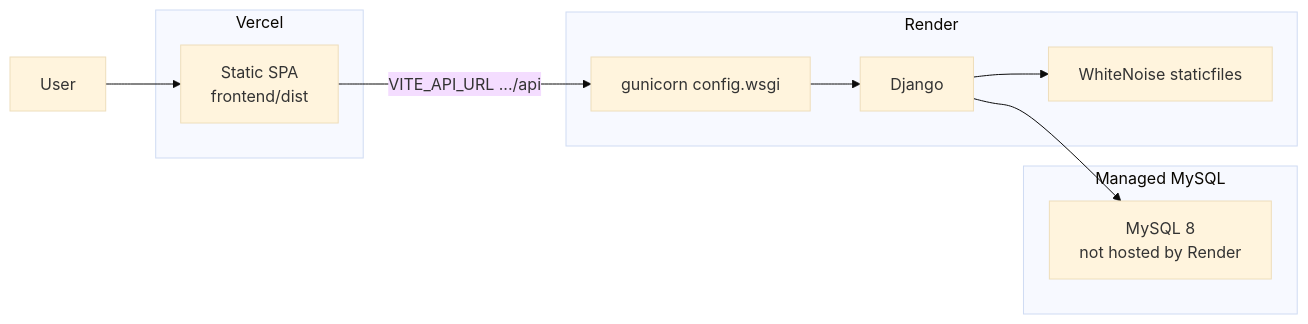
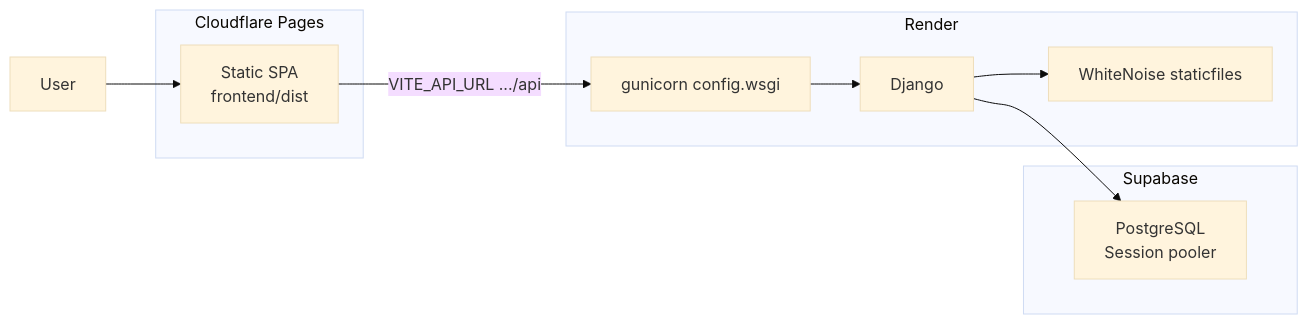
The ninth of 9 diagrams in docs/FITTRACK_ARCHITECTURE.md (sanjayy-005/fitnesstracker), drawn with Mermaid (base theme) before and after one commit. The commit also changed other lines of this file and 10 other files, not shown here.

````diff
--- a/docs/FITTRACK_ARCHITECTURE.md
+++ b/docs/FITTRACK_ARCHITECTURE.md
@@ -327,19 +327,19 @@
 ```mermaid
 flowchart LR
-  subgraph Vercel
+  subgraph CloudflarePages["Cloudflare Pages"]
     FE["Static SPA<br/>frontend/dist"]
   end
   subgraph Render
     Gunicorn["gunicorn config.wsgi"]
     WN["WhiteNoise staticfiles"]
     DJ["Django"]
   end
-  subgraph ExternalDB["Managed MySQL"]
-    MY["MySQL 8<br/>not hosted by Render"]
+  subgraph ExternalDB["Supabase"]
+    MY["PostgreSQL<br/>Session pooler"]
   end
   User --> FE
   FE -->|"VITE_API_URL .../api"| Gunicorn
   Gunicorn --> DJ
   DJ --> WN
   DJ --> MY
 ```
````
